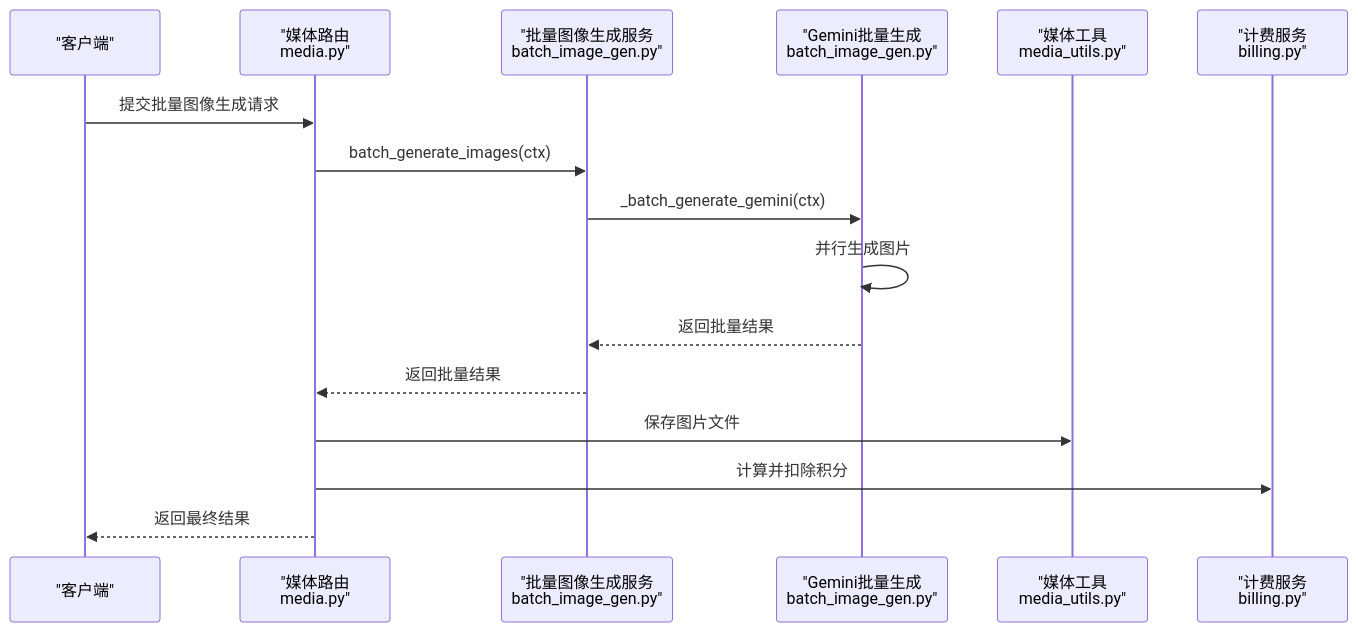
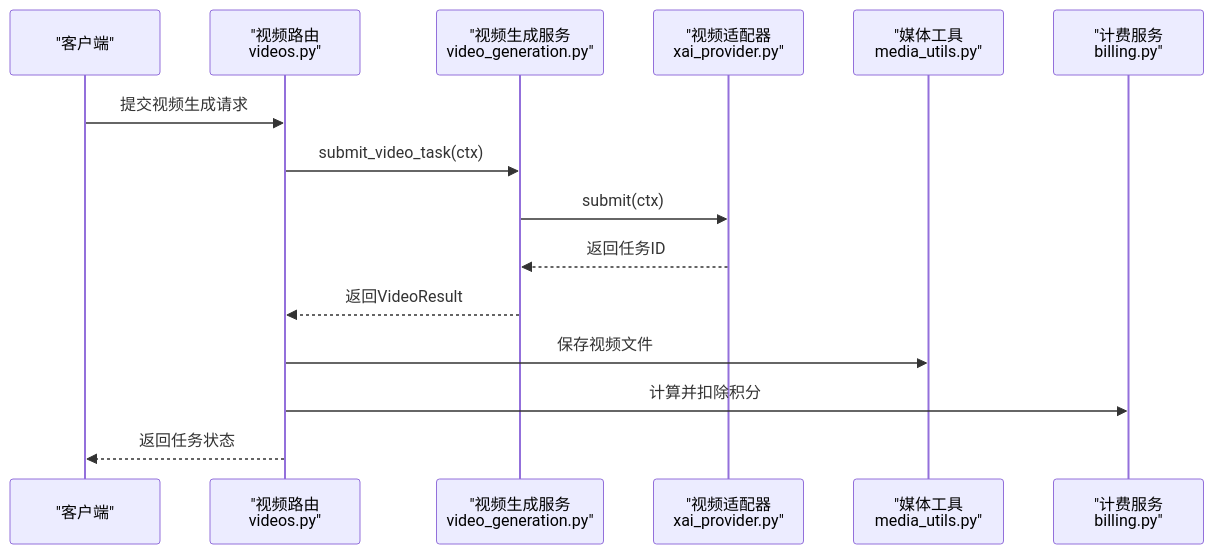
The second of 17 diagrams in .qoder/repowiki/zh/content/后端服务架构/业务服务层/媒体生成服务/图像生成系统/图像生成系统.md (KunLabAI/KunFlix), drawn with Mermaid before and after one commit. The commit also changed other lines of this file and 29 other files, not shown here.

````diff
--- a/.qoder/repowiki/zh/content/后端服务架构/业务服务层/媒体生成服务/图像生成系统/图像生成系统.md
+++ b/.qoder/repowiki/zh/content/后端服务架构/业务服务层/媒体生成服务/图像生成系统/图像生成系统.md
@@ -202,18 +225,17 @@
 ```mermaid
 sequenceDiagram
 participant Client as "客户端"
-participant Router as "媒体路由<br/>media.py"
-participant Service as "批量图像生成服务<br/>batch_image_gen.py"
-participant Gemini as "Gemini批量生成<br/>batch_image_gen.py"
+participant Router as "视频路由<br/>videos.py"
+participant Service as "视频生成服务<br/>video_generation.py"
+participant Adapter as "视频适配器<br/>xai_provider.py"
 participant Media as "媒体工具<br/>media_utils.py"
 participant Billing as "计费服务<br/>billing.py"
-Client->>Router : 提交批量图像生成请求
-Router->>Service : batch_generate_images(ctx)
-Service->>Gemini : _batch_generate_gemini(ctx)
-Gemini->>Gemini : 并行生成图片
-Gemini-->>Service : 返回批量结果
-Service-->>Router : 返回批量结果
-Router->>Media : 保存图片文件
+Client->>Router : 提交视频生成请求
+Router->>Service : submit_video_task(ctx)
+Service->>Adapter : submit(ctx)
+Adapter-->>Service : 返回任务ID
+Service-->>Router : 返回VideoResult
+Router->>Media : 保存视频文件
 Router->>Billing : 计算并扣除积分
-Router-->>Client : 返回最终结果
+Router-->>Client : 返回任务状态
 ```
````
